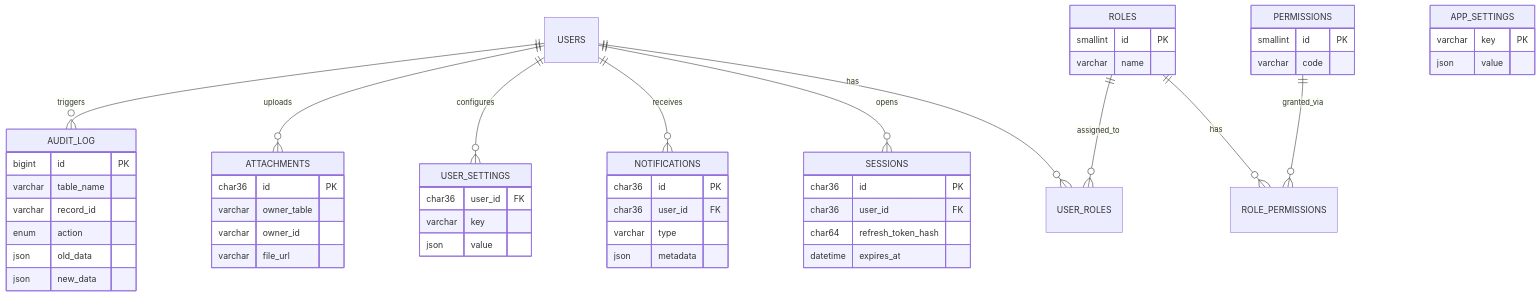
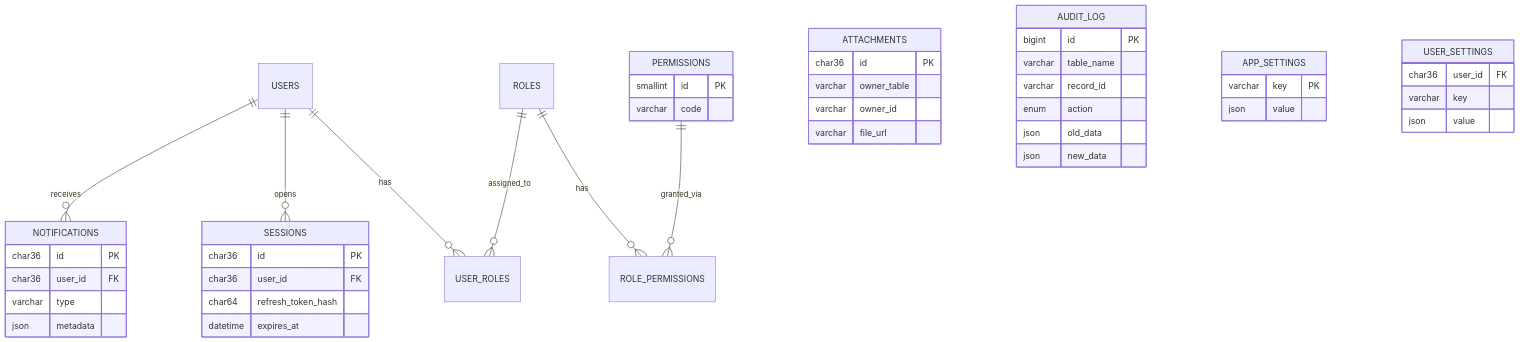
One commit to NietoDeveloper/MySQL_DataBase changed the diagram in docs/ERD.md. Above: the diagram before and after it, drawn with Mermaid.

````diff
--- a/docs/ERD.md
+++ b/docs/ERD.md
@@ -3,63 +3,56 @@
 ```mermaid
 erDiagram
     USERS ||--o{ USER_ROLES : has
     ROLES ||--o{ USER_ROLES : assigned_to
     ROLES ||--o{ ROLE_PERMISSIONS : has
     PERMISSIONS ||--o{ ROLE_PERMISSIONS : granted_via
     USERS ||--o{ SESSIONS : opens
     USERS ||--o{ NOTIFICATIONS : receives
-    USERS ||--o{ USER_SETTINGS : configures
-    USERS ||--o{ ATTACHMENTS : uploads
-    USERS ||--o{ AUDIT_LOG : triggers
 
-    ROLES {
-        smallint id PK
-        varchar name
-    }
 
     PERMISSIONS {
         smallint id PK
         varchar code
     }
 
     SESSIONS {
         char36 id PK
         char36 user_id FK
         char64 refresh_token_hash
         datetime expires_at
     }
 
     ATTACHMENTS {
         char36 id PK
         varchar owner_table
         varchar owner_id
         varchar file_url
     }
 
     NOTIFICATIONS {
         char36 id PK
         char36 user_id FK
         varchar type
         json metadata
     }
 
     AUDIT_LOG {
         bigint id PK
         varchar table_name
         varchar record_id
         enum action
         json old_data
         json new_data
     }
 
     APP_SETTINGS {
         varchar key PK
         json value
     }
 
     USER_SETTINGS {
         char36 user_id FK
         varchar key
         json value
     }
 ```
````
